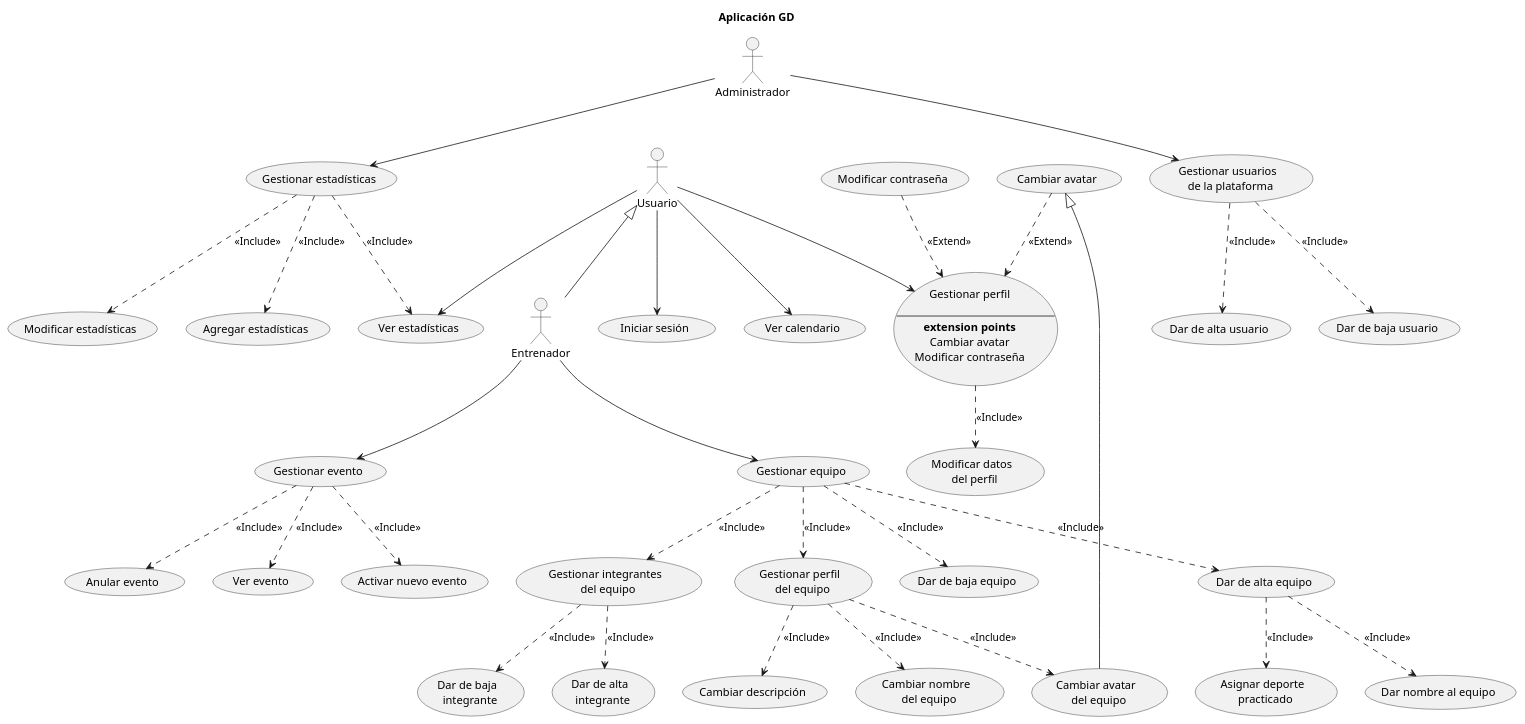
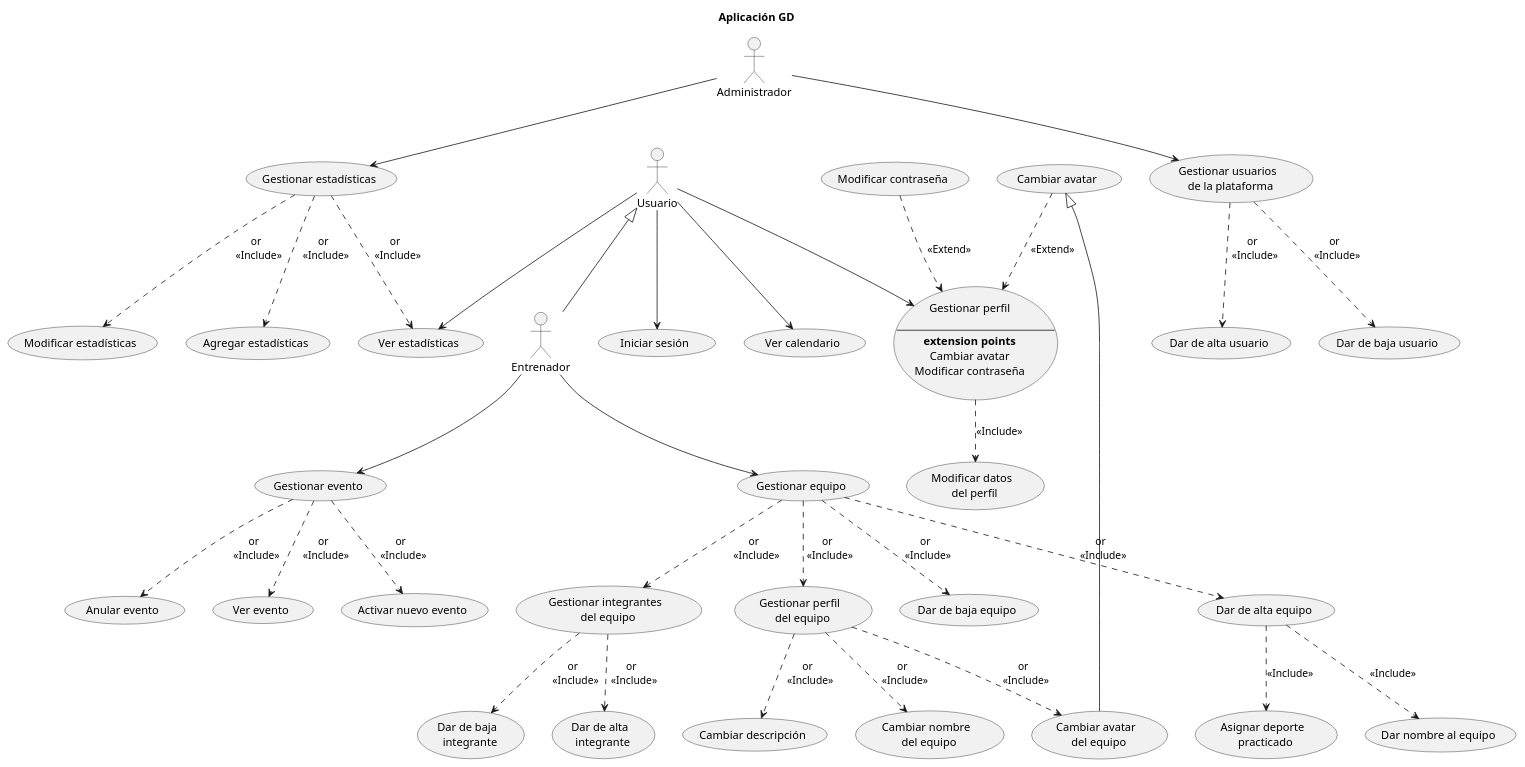
Before and after one commit to emg842/INRE-UAL-ROJO-2022: the diagram in LAB0/src/aplicacion_gd.puml, drawn with PlantUML. The commit also changed 12 other files, not shown here.

```diff
--- a/LAB0/src/aplicacion_gd.puml
+++ b/LAB0/src/aplicacion_gd.puml
@@ -1,79 +1,80 @@
 @startuml aplicacion_gd
+
 title Aplicación GD
 
 :Administrador: as A1
 :Entrenador: as A2
 :Usuario: as A3
 
 (Activar nuevo evento) as UC1
 (Agregar estadísticas) as UC2
 (Anular evento) as UC3
 (Asignar deporte \n practicado) as UC4
 (Cambiar avatar) as UC5
 (Cambiar avatar \n del equipo) as UC6
 (Cambiar descripción) as UC7
 (Cambiar nombre \n del equipo) as UC8
 (Dar de baja equipo) as UC9
 (Dar de baja \n integrante) as UC10
 (Dar de baja usuario)  as UC11
 (Dar de alta equipo) as UC12
 (Dar de alta \n integrante) as UC13
 (Dar de alta usuario) as UC14
 (Dar nombre al equipo) as UC15
 (Gestionar equipo) as UC16
 (Gestionar estadísticas) as UC17
 (Gestionar evento) as UC18
 (Gestionar integrantes \n del equipo) as UC19
 usecase UC20 as "Gestionar perfil
 
 --
 **extension points**
 Cambiar avatar
 Modificar contraseña"
 (Gestionar perfil \n del equipo) as UC21
 (Gestionar usuarios \n de la plataforma) as UC22
 (Iniciar sesión) as UC23
 (Modificar contraseña) as UC24
 (Modificar datos \n del perfil) as UC25
 (Modificar estadísticas) as UC26
 (Ver calendario) as UC27
 (Ver estadísticas) as UC28
 (Ver evento) as UC29
 
 A1 --> UC17
 A1 --> UC22
 A2 --> UC16
 A2 --> UC18
 A3 --> UC20
 A3 --> UC23
 A3 --> UC27
 A3 --> UC28
 
 A3 <|-- A2
 UC5 <|-- UC6
 
 UC5 ..> UC20 : <<Extend>>
 UC24 ..> UC20 : <<Extend>>
 
 UC12 ..> UC4 : <<Include>>
 UC12 ..> UC15 : <<Include>>
-UC16 ..> UC9 : <<Include>>
-UC16 ..> UC12 : <<Include>>
-UC16 ..> UC19 : <<Include>>
-UC16 ..> UC21 : <<Include>>
-UC17 ..> UC2 : <<Include>>
-UC17 ..> UC26 : <<Include>>
-UC17 ..> UC28 : <<Include>>
-UC18 ..> UC1 : <<Include>>
-UC18 ..> UC3 : <<Include>>
-UC18 ..> UC29 : <<Include>>
-UC19 ..> UC10 : <<Include>>
-UC19 ..> UC13 : <<Include>>
+UC16 ..> UC9 : or \n <<Include>>
+UC16 ..> UC12 : or \n <<Include>>
+UC16 ..> UC19 : or \n <<Include>>
+UC16 ..> UC21 : or \n <<Include>>
+UC17 ..> UC2 : or \n <<Include>>
+UC17 ..> UC26 : or \n <<Include>>
+UC17 ..> UC28 : or \n <<Include>>
+UC18 ..> UC1 : or \n <<Include>>
+UC18 ..> UC3 : or \n <<Include>>
+UC18 ..> UC29 : or \n <<Include>>
+UC19 ..> UC10 : or \n <<Include>>
+UC19 ..> UC13 : or \n <<Include>>
 UC20 ..> UC25 : <<Include>>
-UC21 ..> UC6 : <<Include>>
-UC21 ..> UC7 : <<Include>>
-UC21 ..> UC8 : <<Include>>
-UC22 ..> UC11 : <<Include>>
-UC22 ..> UC14 : <<Include>>
+UC21 ..> UC6 : or \n <<Include>>
+UC21 ..> UC7 : or \n <<Include>>
+UC21 ..> UC8 : or \n <<Include>>
+UC22 ..> UC11 : or \n <<Include>>
+UC22 ..> UC14 : or \n <<Include>>
 
 @enduml
```
